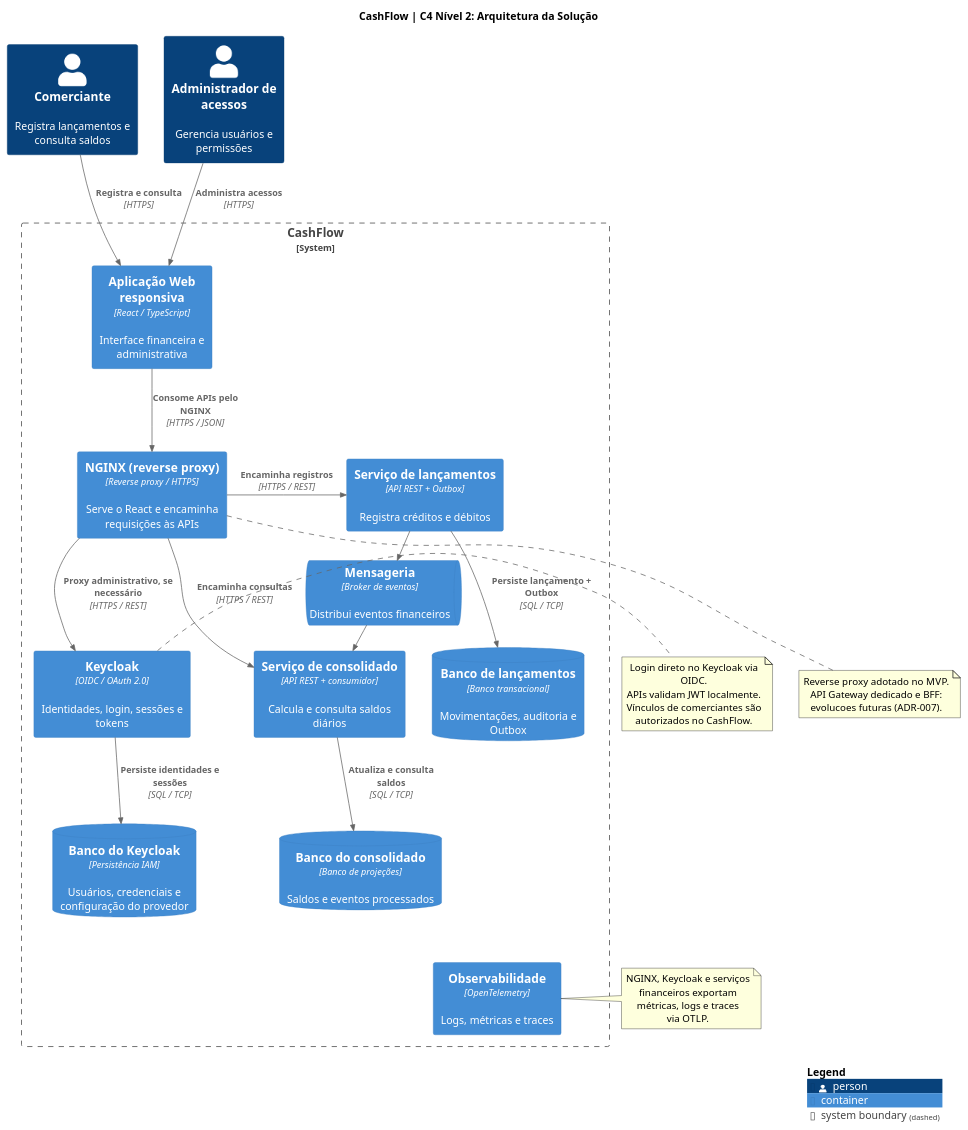
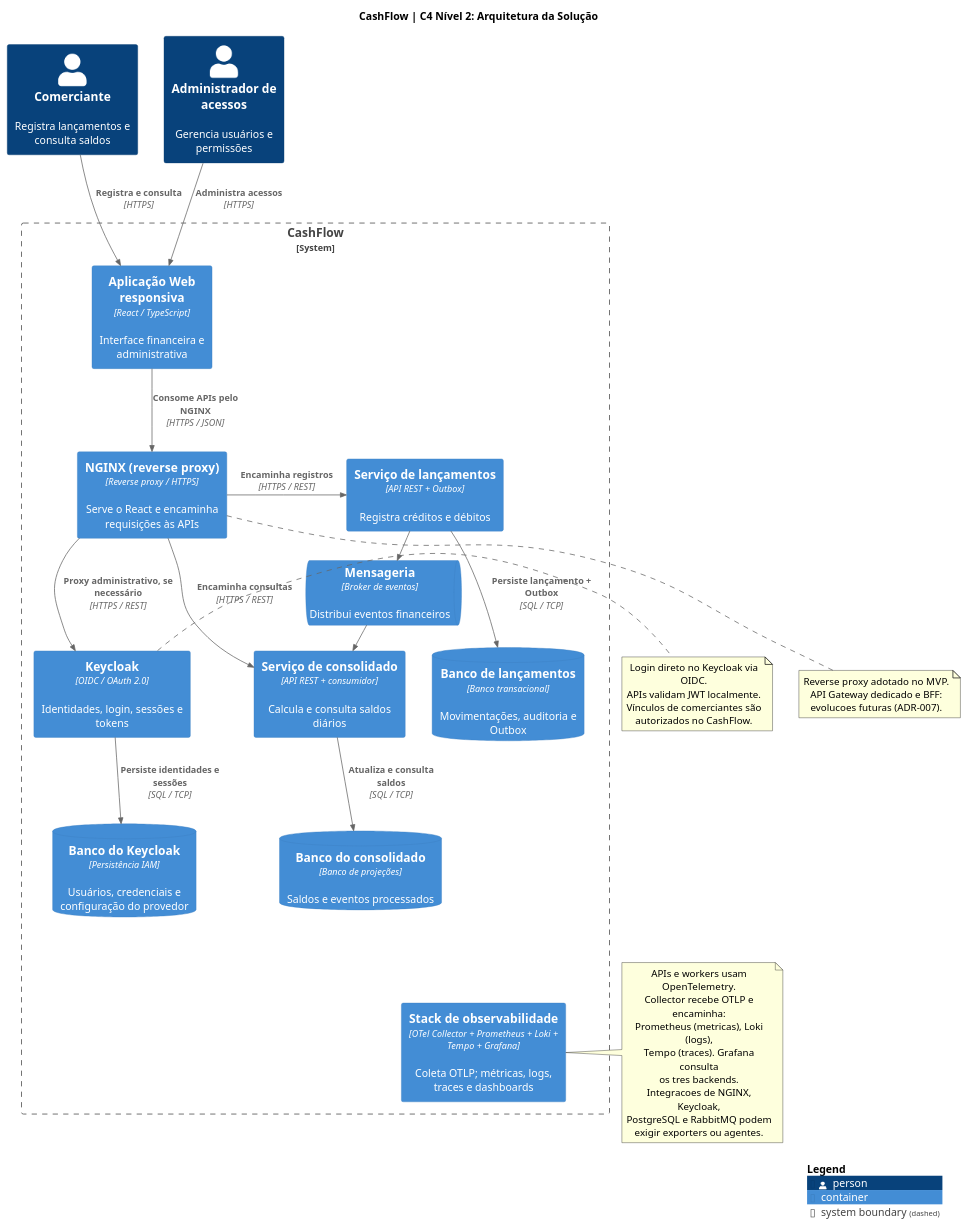
Before and after one commit to wolwerr/CashFlow-Architecture: the diagram in docs/architecture/plantuml/c4-containers.puml, drawn with PlantUML.

Commit message:
docs(architecture): align C4 requirements and ADR register with accepted observability stack (#7)

```diff
--- a/docs/architecture/plantuml/c4-containers.puml
+++ b/docs/architecture/plantuml/c4-containers.puml
@@ -1,75 +1,79 @@
 @startuml CashFlow_Containers
 !include <C4/C4_Container>
 
 title CashFlow | C4 Nível 2: Arquitetura da Solução
 
 LAYOUT_TOP_DOWN()
 
 Person(comerciante, "Comerciante", "Registra lançamentos e consulta saldos")
 Person(admin, "Administrador de acessos", "Gerencia usuários e permissões")
 
 System_Boundary(cashflow, "CashFlow") {
   Container(web, "Aplicação Web responsiva", "React / TypeScript", "Interface financeira e administrativa")
   Container(gateway, "NGINX (reverse proxy)", "Reverse proxy / HTTPS", "Serve o React e encaminha requisições às APIs")
   Container(iam, "Keycloak", "OIDC / OAuth 2.0", "Identidades, login, sessões e tokens")
   ContainerDb(db_iam, "Banco do Keycloak", "Persistência IAM", "Usuários, credenciais e configuração do provedor")
   Container(lancamentos, "Serviço de lançamentos", "API REST + Outbox", "Registra créditos e débitos")
   ContainerDb(db_lancamentos, "Banco de lançamentos", "Banco transacional", "Movimentações, auditoria e Outbox")
   ContainerQueue(mensageria, "Mensageria", "Broker de eventos", "Distribui eventos financeiros")
   Container(consolidado, "Serviço de consolidado", "API REST + consumidor", "Calcula e consulta saldos diários")
   ContainerDb(db_consolidado, "Banco do consolidado", "Banco de projeções", "Saldos e eventos processados")
-  Container(telemetria, "Observabilidade", "OpenTelemetry", "Logs, métricas e traces")
+  Container(telemetria, "Stack de observabilidade", "OTel Collector + Prometheus + Loki + Tempo + Grafana", "Coleta OTLP; métricas, logs, traces e dashboards")
 }
 
 ' Posicionamento principal
 Lay_R(comerciante, admin)
 Lay_D(web, gateway)
 Lay_D(gateway, iam)
 Lay_D(iam, db_iam)
 Lay_R(gateway, lancamentos)
 Lay_D(lancamentos, db_lancamentos)
 Lay_R(lancamentos, mensageria)
 Lay_R(mensageria, consolidado)
 Lay_D(consolidado, db_consolidado)
 Lay_D(db_consolidado, telemetria)
 
 ' Atores e canais
 Rel(comerciante, web, "Registra e consulta", "HTTPS")
 Rel(admin, web, "Administra acessos", "HTTPS")
 Rel_D(web, gateway, "Consome APIs pelo NGINX", "HTTPS / JSON")
 
 ' Identidade
 Rel_D(gateway, iam, "Proxy administrativo, se necessário", "HTTPS / REST")
 Rel_D(iam, db_iam, "Persiste identidades e sessões", "SQL / TCP")
 
 ' Fluxo financeiro
 Rel_R(gateway, lancamentos, "Encaminha registros", "HTTPS / REST")
 Rel_D(lancamentos, db_lancamentos, "Persiste lançamento + Outbox", "SQL / TCP")
 Rel_R(lancamentos, mensageria, "Publica eventos", "AMQP")
 Rel_R(mensageria, consolidado, "Entrega eventos", "AMQP")
 Rel_D(consolidado, db_consolidado, "Atualiza e consulta saldos", "SQL / TCP")
 Rel(gateway, consolidado, "Encaminha consultas", "HTTPS / REST")
 
 ' Integrações transversais apresentadas em notas
 note right of iam
   Login direto no Keycloak via OIDC.
   APIs validam JWT localmente.
   Vínculos de comerciantes são
   autorizados no CashFlow.
 end note
 
 note right of telemetria
-  NGINX, Keycloak e serviços
-  financeiros exportam
-  métricas, logs e traces
-  via OTLP.
+  APIs e workers usam OpenTelemetry.
+  Collector recebe OTLP e encaminha:
+  Prometheus (metricas), Loki (logs),
+  Tempo (traces). Grafana consulta
+  os tres backends.
+  Integracoes de NGINX, Keycloak,
+  PostgreSQL e RabbitMQ podem
+  exigir exporters ou agentes.
 end note
 
 note bottom of gateway
   Reverse proxy adotado no MVP.
   API Gateway dedicado e BFF:
   evolucoes futuras (ADR-007).
 end note
 
 SHOW_LEGEND()
 @enduml
```
